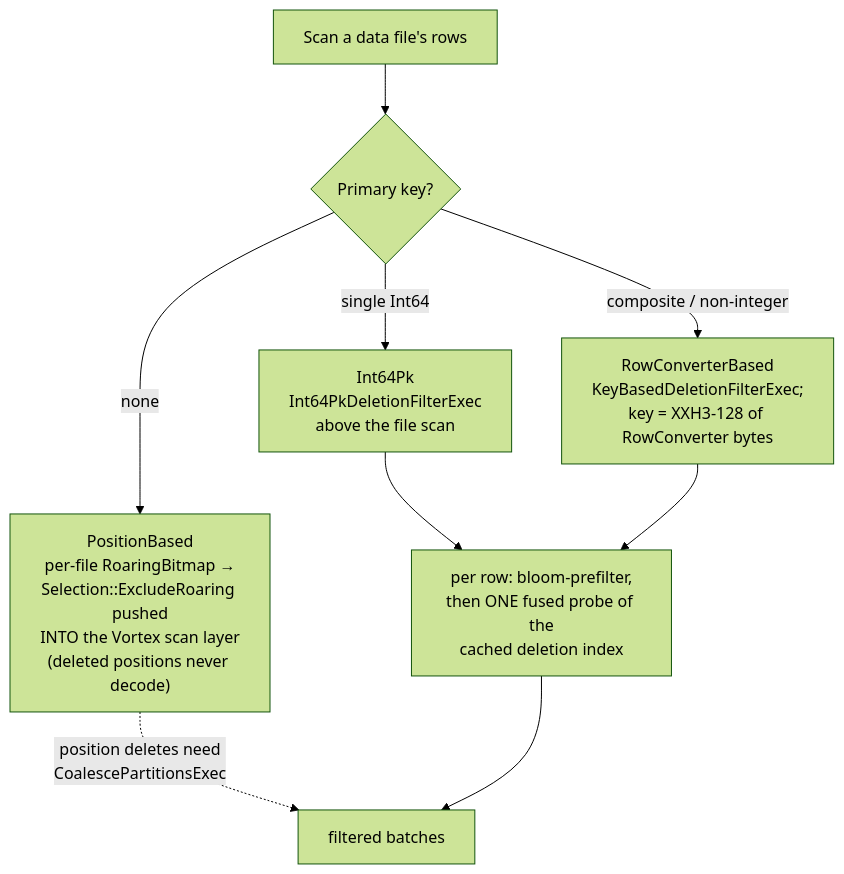
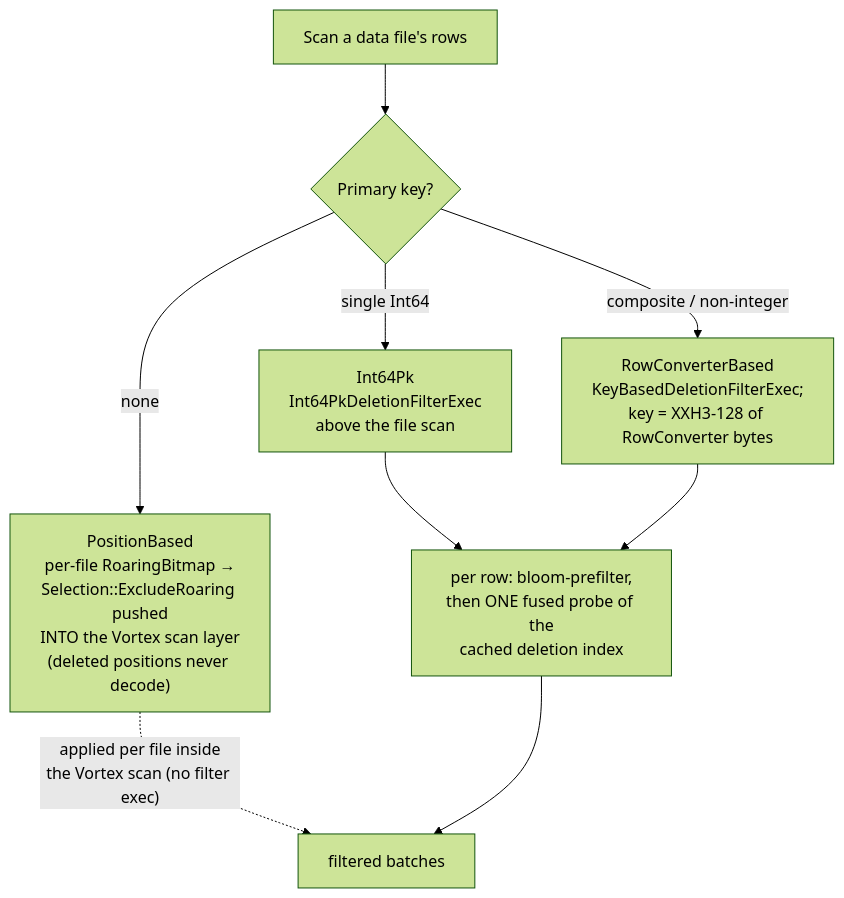
One commit to spiceai/spiceai changed the ninth of 22 diagrams in docs/cayenne/cayenne.md. Above: the diagram before and after it, drawn with Mermaid (forest theme). The commit also changed other lines of this file and 3 other files, not shown here.

````diff
--- a/docs/cayenne/cayenne.md
+++ b/docs/cayenne/cayenne.md
@@ -580,12 +584,12 @@
 ```mermaid
 flowchart TB
     SCAN["Scan a data file's rows"] --> HASPK{"Primary key?"}
     HASPK -->|"none"| POS["PositionBased<br/>per-file RoaringBitmap →<br/>Selection::ExcludeRoaring pushed<br/>INTO the Vortex scan layer<br/>(deleted positions never decode)"]
     HASPK -->|"single Int64"| I64["Int64Pk<br/>Int64PkDeletionFilterExec<br/>above the file scan"]
     HASPK -->|"composite / non-integer"| RC["RowConverterBased<br/>KeyBasedDeletionFilterExec;<br/>key = XXH3-128 of RowConverter bytes"]
 
     I64 --> PROBE["per row: bloom-prefilter,<br/>then ONE fused probe of the<br/>cached deletion index"]
     RC --> PROBE
-    POS -.->|"position deletes need<br/>CoalescePartitionsExec"| DONE["filtered batches"]
+    POS -.->|"applied per file inside<br/>the Vortex scan (no filter exec)"| DONE["filtered batches"]
     PROBE --> DONE
 ```
````
